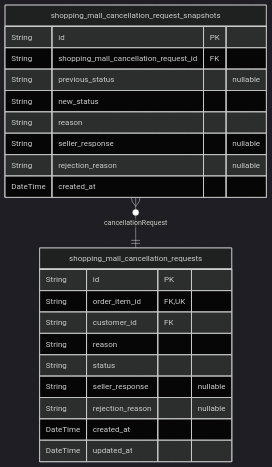
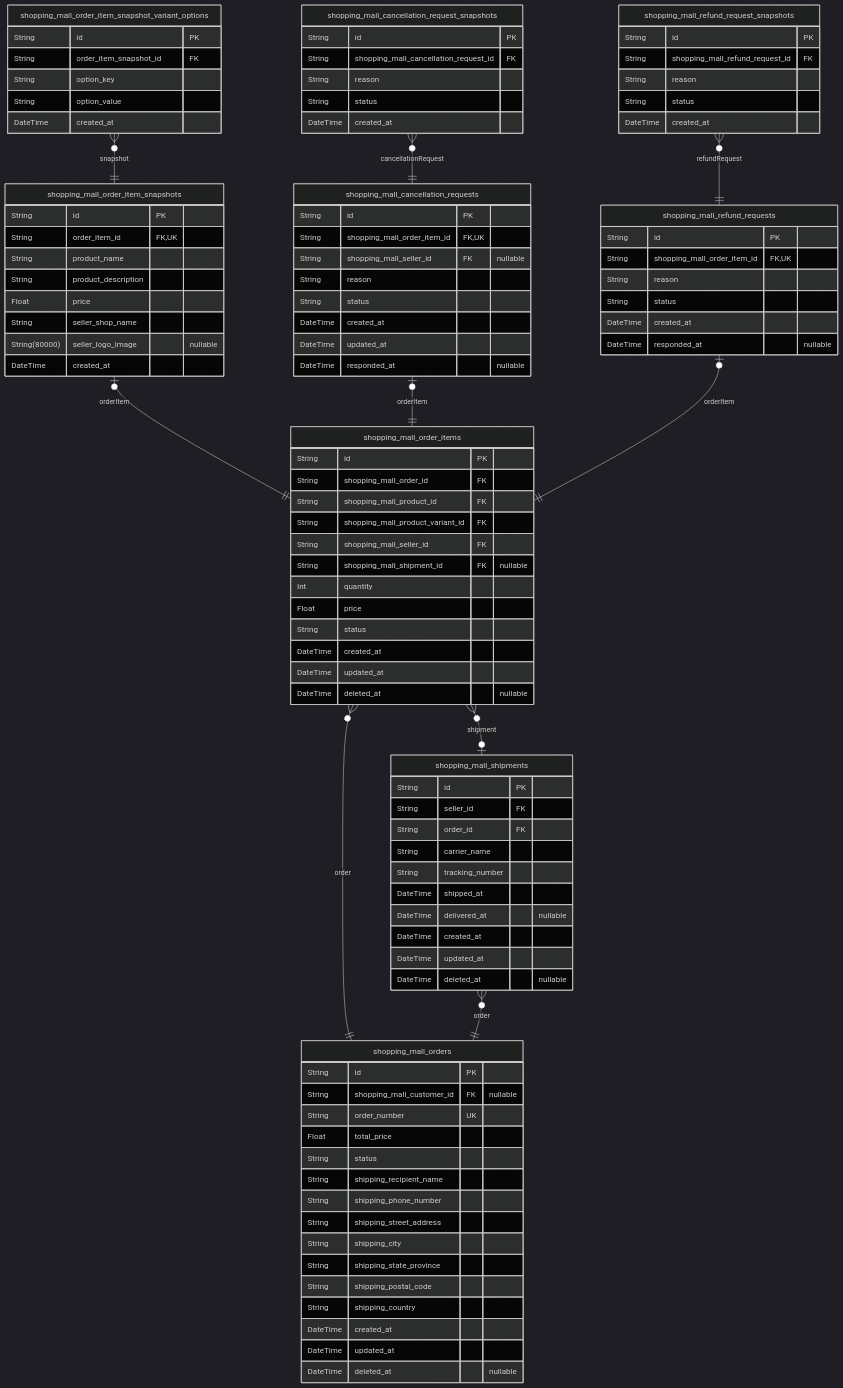
The seventh of 9 diagrams in z-ai/glm-5/shopping/docs/ERD.md (wrtnlabs/autobe-examples), drawn with Mermaid (dark theme) before and after one commit. The commit also changed other lines of this file and 17098 other files, not shown here.

````diff
--- a/z-ai/glm-5/shopping/docs/ERD.md
+++ b/z-ai/glm-5/shopping/docs/ERD.md
@@ -1511,25 +1056,104 @@
 ```mermaid
 erDiagram
+"shopping_mall_orders" {
+  String id PK
+  String shopping_mall_customer_id FK "nullable"
+  String order_number UK
+  Float total_price
+  String status
+  String shipping_recipient_name
+  String shipping_phone_number
+  String shipping_street_address
+  String shipping_city
+  String shipping_state_province
+  String shipping_postal_code
+  String shipping_country
+  DateTime created_at
+  DateTime updated_at
+  DateTime deleted_at "nullable"
+}
+"shopping_mall_order_items" {
+  String id PK
+  String shopping_mall_order_id FK
+  String shopping_mall_product_id FK
+  String shopping_mall_product_variant_id FK
+  String shopping_mall_seller_id FK
+  String shopping_mall_shipment_id FK "nullable"
+  Int quantity
+  Float price
+  String status
+  DateTime created_at
+  DateTime updated_at
+  DateTime deleted_at "nullable"
+}
+"shopping_mall_order_item_snapshots" {
+  String id PK
+  String order_item_id FK,UK
+  String product_name
+  String product_description
+  Float price
+  String seller_shop_name
+  String(80000) seller_logo_image "nullable"
+  DateTime created_at
+}
+"shopping_mall_shipments" {
+  String id PK
+  String seller_id FK
+  String order_id FK
+  String carrier_name
+  String tracking_number
+  DateTime shipped_at
+  DateTime delivered_at "nullable"
+  DateTime created_at
+  DateTime updated_at
+  DateTime deleted_at "nullable"
+}
 "shopping_mall_cancellation_requests" {
   String id PK
-  String order_item_id FK,UK
-  String customer_id FK
+  String shopping_mall_order_item_id FK,UK
+  String shopping_mall_seller_id FK "nullable"
   String reason
   String status
-  String seller_response "nullable"
-  String rejection_reason "nullable"
   DateTime created_at
   DateTime updated_at
+  DateTime responded_at "nullable"
 }
 "shopping_mall_cancellation_request_snapshots" {
   String id PK
   String shopping_mall_cancellation_request_id FK
-  String previous_status "nullable"
-  String new_status
   String reason
-  String seller_response "nullable"
-  String rejection_reason "nullable"
+  String status
   DateTime created_at
 }
+"shopping_mall_refund_requests" {
+  String id PK
+  String shopping_mall_order_item_id FK,UK
+  String reason
+  String status
+  DateTime created_at
+  DateTime responded_at "nullable"
+}
+"shopping_mall_refund_request_snapshots" {
+  String id PK
+  String shopping_mall_refund_request_id FK
+  String reason
+  String status
+  DateTime created_at
+}
+"shopping_mall_order_item_snapshot_variant_options" {
+  String id PK
+  String order_item_snapshot_id FK
+  String option_key
+  String option_value
+  DateTime created_at
+}
+"shopping_mall_order_items" }o--|| "shopping_mall_orders" : order
+"shopping_mall_order_items" }o--o| "shopping_mall_shipments" : shipment
+"shopping_mall_order_item_snapshots" |o--|| "shopping_mall_order_items" : orderItem
+"shopping_mall_shipments" }o--|| "shopping_mall_orders" : order
+"shopping_mall_cancellation_requests" |o--|| "shopping_mall_order_items" : orderItem
 "shopping_mall_cancellation_request_snapshots" }o--|| "shopping_mall_cancellation_requests" : cancellationRequest
+"shopping_mall_refund_requests" |o--|| "shopping_mall_order_items" : orderItem
+"shopping_mall_refund_request_snapshots" }o--|| "shopping_mall_refund_requests" : refundRequest
+"shopping_mall_order_item_snapshot_variant_options" }o--|| "shopping_mall_order_item_snapshots" : snapshot
 ```
````
